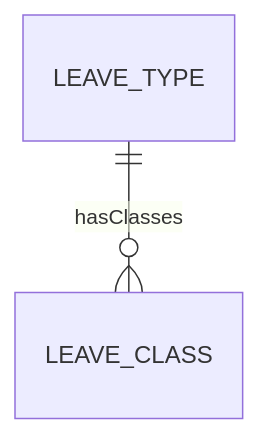
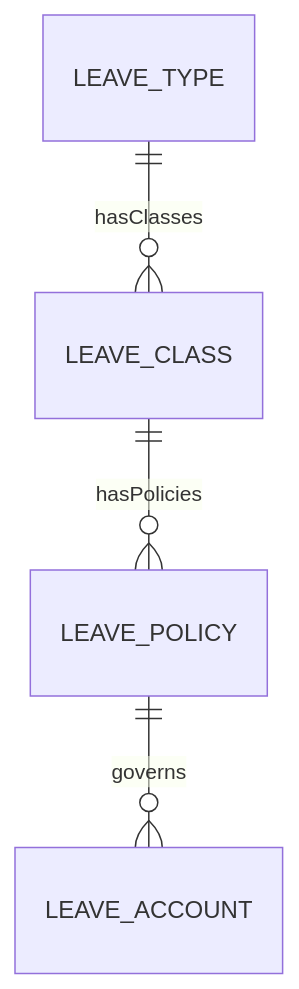
The second of 3 diagrams in docs/01-modules/TA/00-ontology/domain/leave-definition/leave-type.onto.md (a4b-corporation/xTalent), drawn with Mermaid before and after one commit. The commit also changed other lines of this file and 12 other files, not shown here.

````diff
--- a/docs/01-modules/TA/00-ontology/domain/leave-definition/leave-type.onto.md
+++ b/docs/01-modules/TA/00-ontology/domain/leave-definition/leave-type.onto.md
@@ -159,4 +197,6 @@
 ```mermaid
 erDiagram
     LEAVE_TYPE ||--o{ LEAVE_CLASS : "hasClasses"
+    LEAVE_CLASS ||--o{ LEAVE_POLICY : "hasPolicies"
+    LEAVE_POLICY ||--o{ LEAVE_ACCOUNT : "governs"
 ```
````
